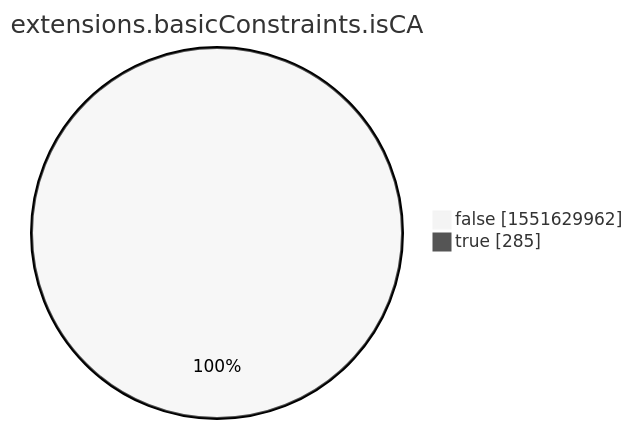
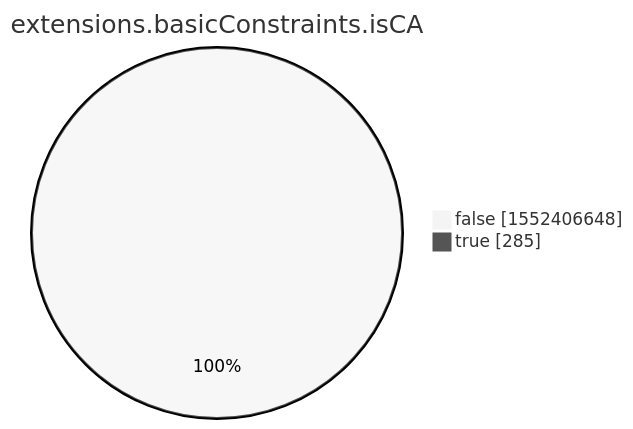
One commit to christiankrug/ctmonitor_visualization changed the eighth of 15 diagrams in xenon2022/README.md. Above: the diagram before and after it, drawn with Mermaid (neutral theme). The commit also changed other lines of this file, not shown here.

````diff
--- a/xenon2022/README.md
+++ b/xenon2022/README.md
@@ -2860,6 +2860,6 @@
 ```mermaid
 pie showData
 title extensions.basicConstraints.isCA
-"false" :1551629962
+"false" :1552406648
 "true" :285
 ```
````
